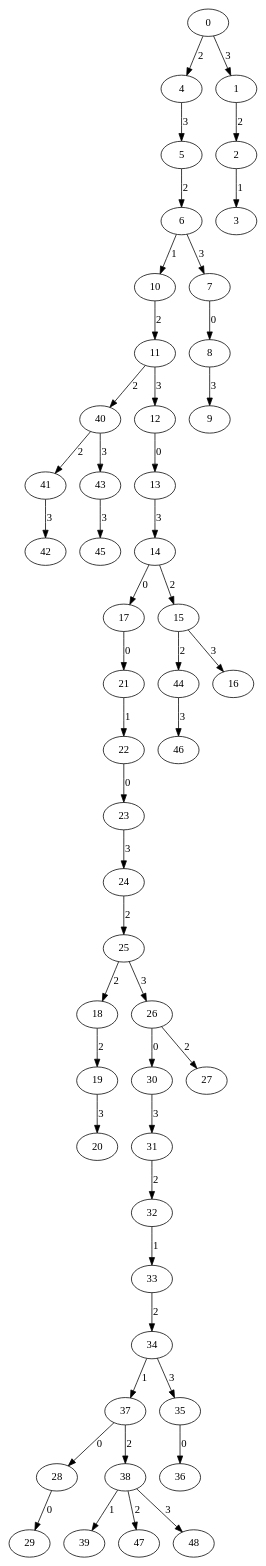
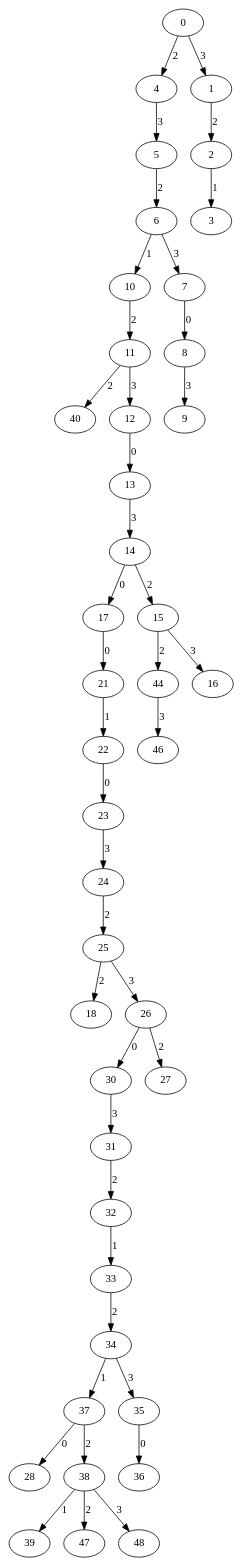
One commit to lucasduartec/DCC014 changed the diagram in images/dot/tree.dot. Above: the diagram before and after it, drawn with Graphviz. The commit also changed 4 other files, not shown here.

```diff
--- a/images/dot/tree.dot
+++ b/images/dot/tree.dot
@@ -1,100 +1,86 @@
 strict digraph tree {
 rankdir=TB;
   0 [label="0"];
   4 [label="4"];
   5 [label="5"];
   6 [label="6"];
   10 [label="10"];
   11 [label="11"];
   40 [label="40"];
-  41 [label="41"];
-  42 [label="42"];
-  41 -> 42 [label="3"];
-  43 [label="43"];
-  45 [label="45"];
-  43 -> 45 [label="3"];
-  40 -> 41 [label="2"];
-  40 -> 43 [label="3"];
   12 [label="12"];
   13 [label="13"];
   14 [label="14"];
   17 [label="17"];
   21 [label="21"];
   22 [label="22"];
   23 [label="23"];
   24 [label="24"];
   25 [label="25"];
   18 [label="18"];
-  19 [label="19"];
-  20 [label="20"];
-  19 -> 20 [label="3"];
-  18 -> 19 [label="2"];
   26 [label="26"];
   30 [label="30"];
   31 [label="31"];
   32 [label="32"];
   33 [label="33"];
   34 [label="34"];
   37 [label="37"];
   28 [label="28"];
-  29 [label="29"];
-  28 -> 29 [label="0"];
   38 [label="38"];
   39 [label="39"];
   47 [label="47"];
   48 [label="48"];
   38 -> 39 [label="1"];
   38 -> 47 [label="2"];
   38 -> 48 [label="3"];
   37 -> 28 [label="0"];
   37 -> 38 [label="2"];
   35 [label="35"];
   36 [label="36"];
   35 -> 36 [label="0"];
   34 -> 37 [label="1"];
   34 -> 35 [label="3"];
   33 -> 34 [label="2"];
   32 -> 33 [label="1"];
   31 -> 32 [label="2"];
   30 -> 31 [label="3"];
   27 [label="27"];
   26 -> 30 [label="0"];
   26 -> 27 [label="2"];
   25 -> 18 [label="2"];
   25 -> 26 [label="3"];
   24 -> 25 [label="2"];
   23 -> 24 [label="3"];
   22 -> 23 [label="0"];
   21 -> 22 [label="1"];
   17 -> 21 [label="0"];
   15 [label="15"];
   44 [label="44"];
   46 [label="46"];
   44 -> 46 [label="3"];
   16 [label="16"];
   15 -> 44 [label="2"];
   15 -> 16 [label="3"];
   14 -> 17 [label="0"];
   14 -> 15 [label="2"];
   13 -> 14 [label="3"];
   12 -> 13 [label="0"];
   11 -> 40 [label="2"];
   11 -> 12 [label="3"];
   10 -> 11 [label="2"];
   7 [label="7"];
   8 [label="8"];
   9 [label="9"];
   8 -> 9 [label="3"];
   7 -> 8 [label="0"];
   6 -> 10 [label="1"];
   6 -> 7 [label="3"];
   5 -> 6 [label="2"];
   4 -> 5 [label="3"];
   1 [label="1"];
   2 [label="2"];
   3 [label="3"];
   2 -> 3 [label="1"];
   1 -> 2 [label="2"];
   0 -> 4 [label="2"];
   0 -> 1 [label="3"];
 }
```
